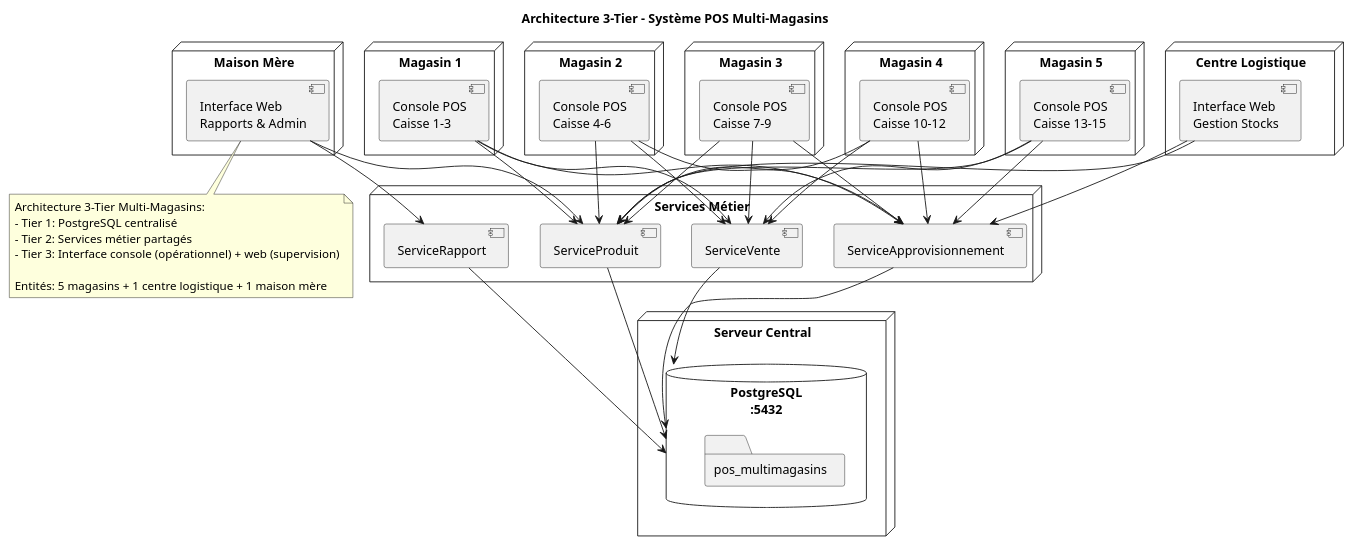
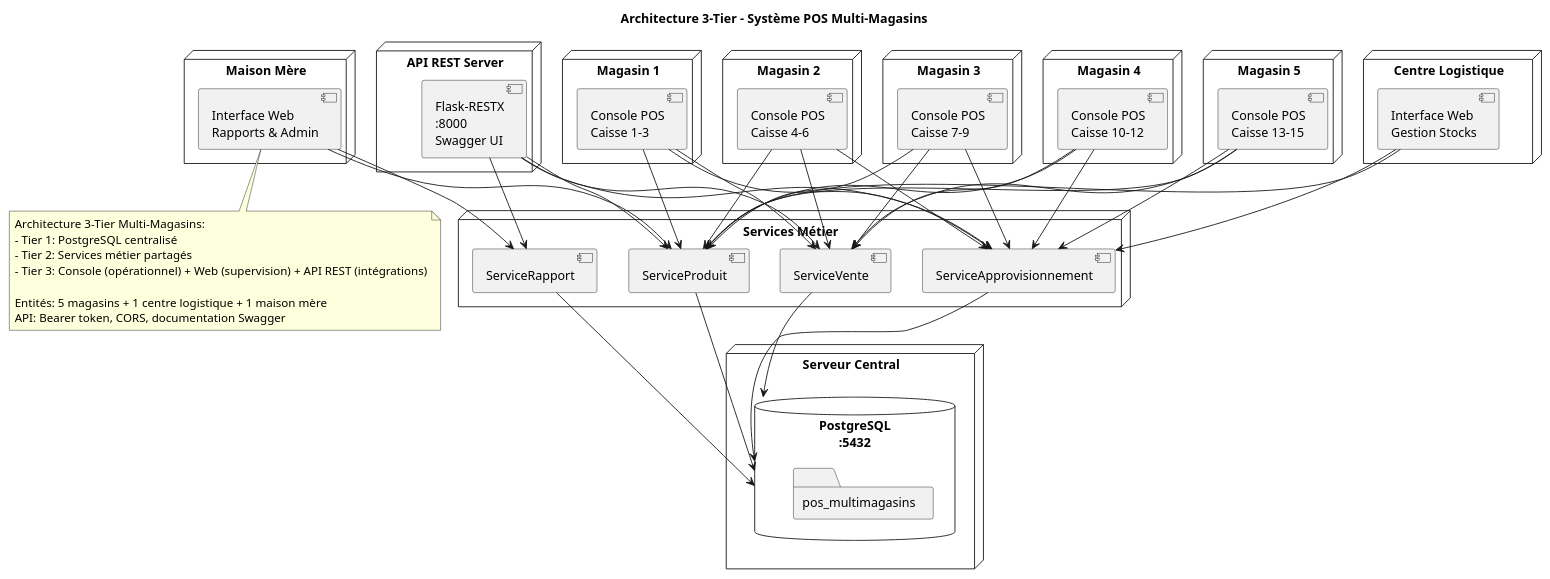
One commit to MelvinSDRS/log430-lab7-bis changed the diagram in docs/uml/deploiement.puml. Above: the diagram before and after it, drawn with PlantUML. The commit also changed 31 other files, not shown here.

```diff
--- a/docs/uml/deploiement.puml
+++ b/docs/uml/deploiement.puml
@@ -1,88 +1,100 @@
 @startuml
 title Architecture 3-Tier - Système POS Multi-Magasins
 
 ' Tier 1 - Base de données centralisée
 node "Serveur Central" {
   database "PostgreSQL\n:5432" as DB {
     folder "pos_multimagasins" as schema
 }
 }
 
 ' Tier 2 - Services métier (logique)
 node "Services Métier" {
   component "ServiceProduit" as SP
   component "ServiceVente" as SV
   component "ServiceApprovisionnement" as SA
   component "ServiceRapport" as SR
 }
 
 ' Tier 3 - Interfaces utilisateur (présentation)
+' API REST pour applications externes
+node "API REST Server" {
+  component "Flask-RESTX\n:8000\nSwagger UI" as API
+}
+
 ' Magasins avec interface console
 node "Magasin 1" {
   component "Console POS\nCaisse 1-3" as M1
 }
 
 node "Magasin 2" {
   component "Console POS\nCaisse 4-6" as M2
 }
 
 node "Magasin 3" {
   component "Console POS\nCaisse 7-9" as M3
 }
 
 node "Magasin 4" {
   component "Console POS\nCaisse 10-12" as M4
 }
 
 node "Magasin 5" {
   component "Console POS\nCaisse 13-15" as M5
 }
 
 ' Centre logistique avec interface web
 node "Centre Logistique" {
   component "Interface Web\nGestion Stocks" as CL
 }
 
 ' Maison mère avec interface web
 node "Maison Mère" {
   component "Interface Web\nRapports & Admin" as MM
 }
+
+' Connexions API REST → Tier 2
+API --> SP
+API --> SV
+API --> SA
+API --> SR
 
 ' Connexions Tier 3 → Tier 2
 M1 --> SP
 M1 --> SV
 M1 --> SA
 M2 --> SP
 M2 --> SV
 M2 --> SA
 M3 --> SP
 M3 --> SV
 M3 --> SA
 M4 --> SP
 M4 --> SV
 M4 --> SA
 M5 --> SP
 M5 --> SV
 M5 --> SA
 
 CL --> SA
 CL --> SP
 MM --> SR
 MM --> SP
 
 ' Connexions Tier 2 → Tier 1
 SP --> DB
 SV --> DB
 SA --> DB
 SR --> DB
 
 note bottom
   Architecture 3-Tier Multi-Magasins:
   - Tier 1: PostgreSQL centralisé
   - Tier 2: Services métier partagés
-  - Tier 3: Interface console (opérationnel) + web (supervision)
+  - Tier 3: Console (opérationnel) + Web (supervision) + API REST (intégrations)
   
   Entités: 5 magasins + 1 centre logistique + 1 maison mère
+  API: Bearer token, CORS, documentation Swagger
 end note
 
 @enduml
```
